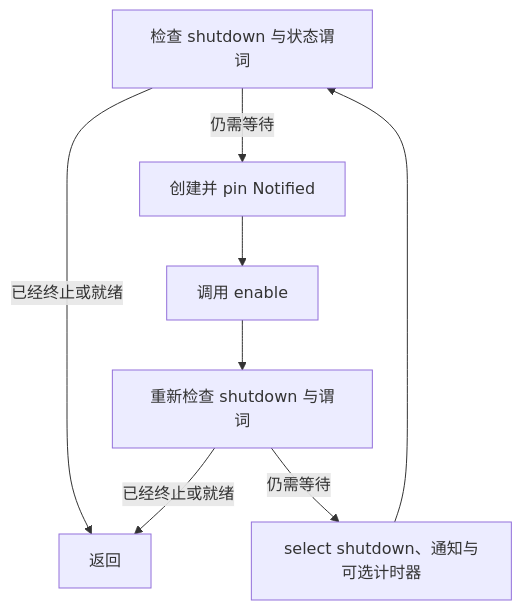
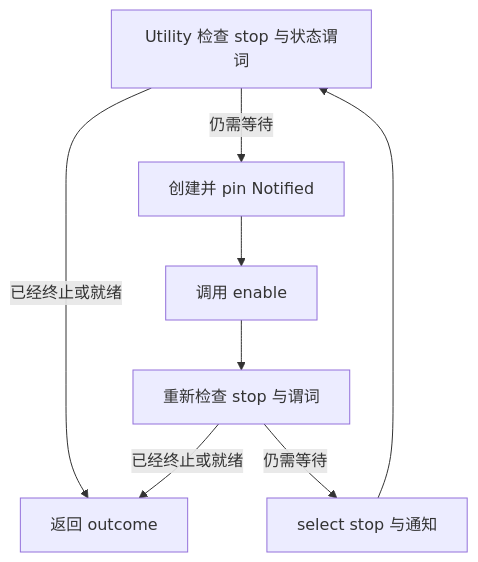
Before and after one commit to Tele-AI/Fluxon: the diagram in fluxon_doc_cn/dev_doc/开发者 - 5 - Tokio Notify 使用规约.md, drawn with Mermaid. The commit also changed other lines of this file and 11 other files, not shown here.

````diff
--- a/fluxon_doc_cn/dev_doc/开发者 - 5 - Tokio Notify 使用规约.md
+++ b/fluxon_doc_cn/dev_doc/开发者 - 5 - Tokio Notify 使用规约.md
@@ -92,10 +85,10 @@
 ```mermaid
 flowchart TD
-    A[检查 shutdown 与状态谓词] -->|已经终止或就绪| Z[返回]
+    A[Utility 检查 stop 与状态谓词] -->|已经终止或就绪| Z[返回 outcome]
     A -->|仍需等待| B[创建并 pin Notified]
     B --> C[调用 enable]
-    C --> D[重新检查 shutdown 与谓词]
+    C --> D[重新检查 stop 与谓词]
     D -->|已经终止或就绪| Z
-    D -->|仍需等待| E[select shutdown、通知与可选计时器]
+    D -->|仍需等待| E[select stop 与通知]
     E --> A
 ```
````
